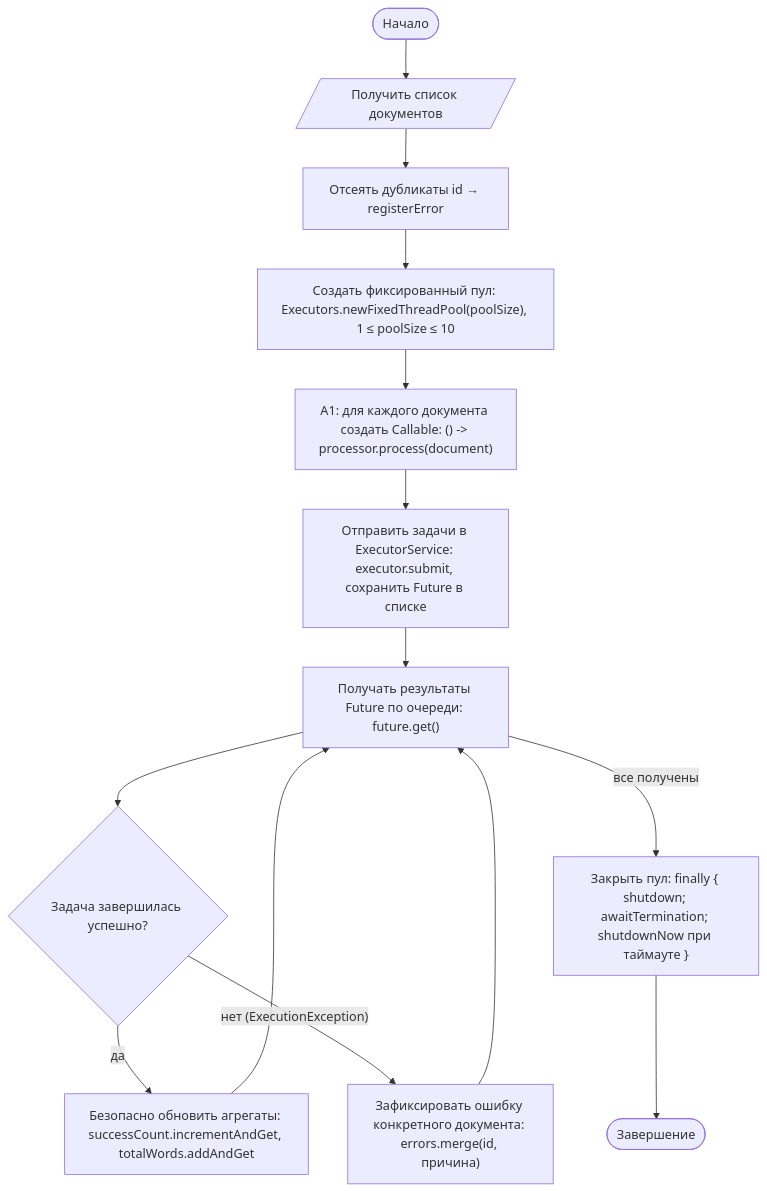
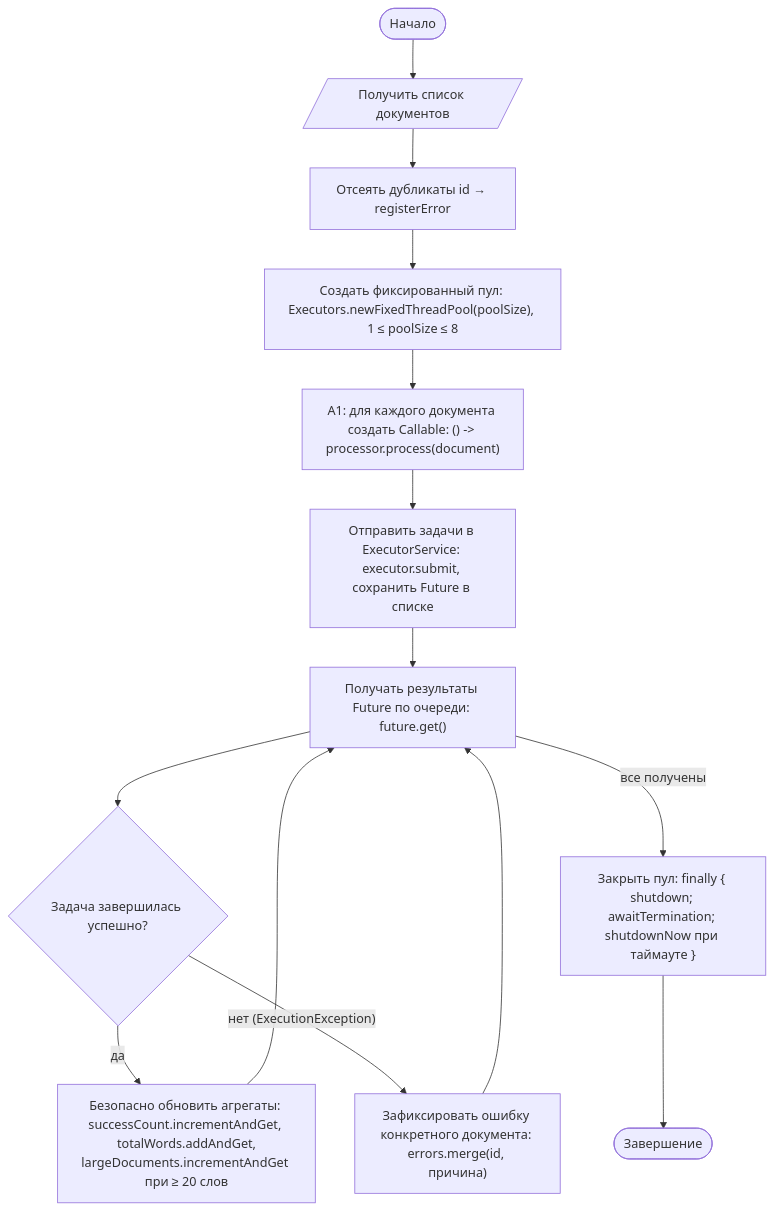
The first of 2 diagrams in pr16/README.md (f1shi/java-practice), drawn with Mermaid before and after one commit. The commit also changed other lines of this file and 68 other files, not shown here.

````diff
--- a/pr16/README.md
+++ b/pr16/README.md
@@ -30,14 +33,14 @@
 ```mermaid
 flowchart TD
     S([Начало]) --> IN[/Получить список документов/]
     IN --> DUP["Отсеять дубликаты id → registerError"]
-    DUP --> P["Создать фиксированный пул: Executors.newFixedThreadPool(poolSize), 1 ≤ poolSize ≤ 10"]
+    DUP --> P["Создать фиксированный пул: Executors.newFixedThreadPool(poolSize), 1 ≤ poolSize ≤ 8"]
     P --> A1["A1: для каждого документа создать Callable: () -> processor.process(document)"]
     A1 --> SUB["Отправить задачи в ExecutorService: executor.submit, сохранить Future в списке"]
     SUB --> G["Получать результаты Future по очереди: future.get()"]
     G --> D{Задача завершилась успешно?}
-    D -- да --> OK["Безопасно обновить агрегаты: successCount.incrementAndGet, totalWords.addAndGet"] --> G
+    D -- да --> OK["Безопасно обновить агрегаты: successCount.incrementAndGet, totalWords.addAndGet,<br/>largeDocuments.incrementAndGet при ≥ 20 слов"] --> G
     D -- "нет (ExecutionException)" --> ER["Зафиксировать ошибку конкретного документа: errors.merge(id, причина)"] --> G
     G -- все получены --> SH["Закрыть пул: finally { shutdown; awaitTermination; shutdownNow при таймауте }"]
     SH --> E([Завершение])
 ```
````
